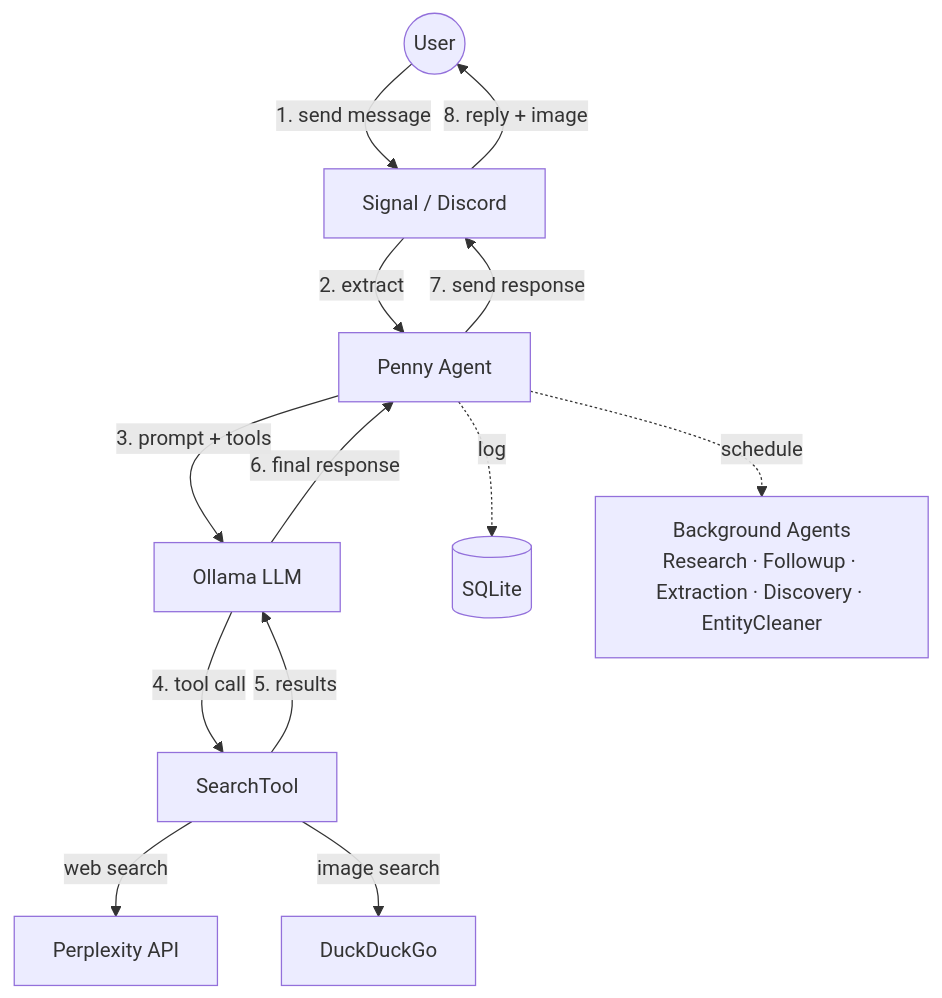
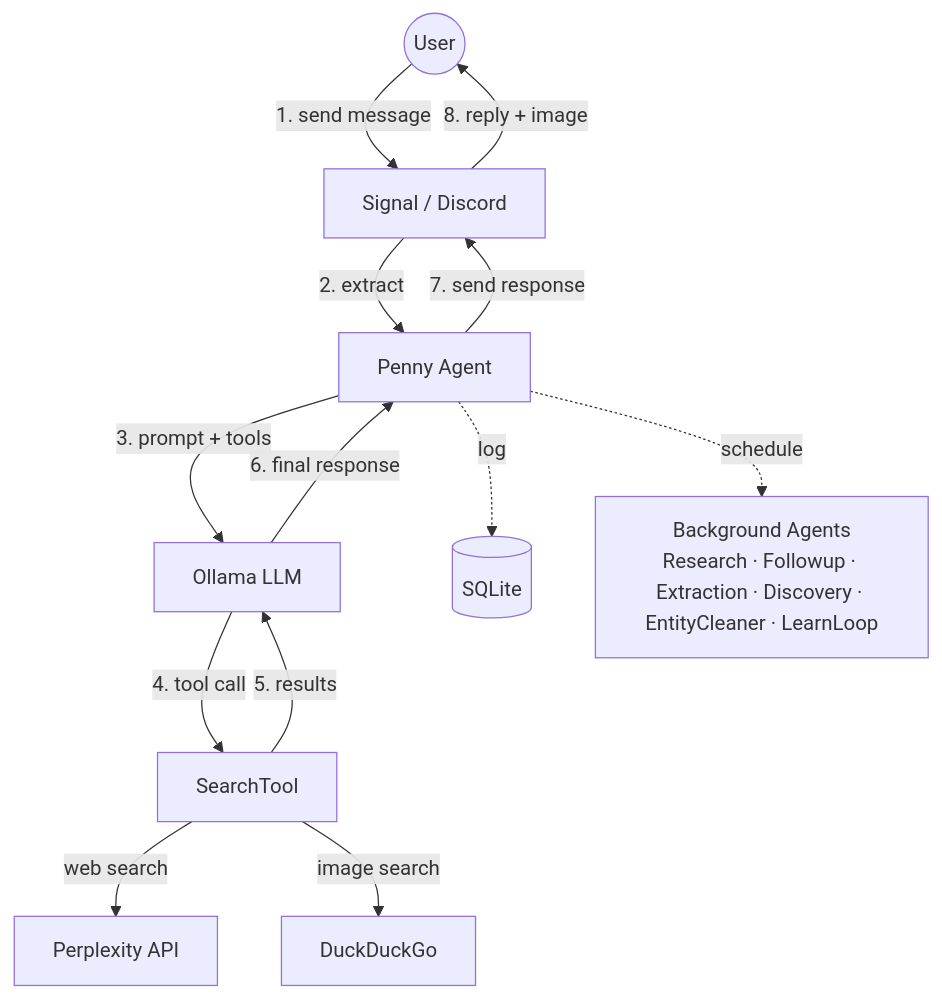
One commit to alifeinbinary/penny changed the diagram in penny/CLAUDE.md. Above: the diagram before and after it, drawn with Mermaid. The commit also changed other lines of this file and 14 other files, not shown here.

````diff
--- a/penny/CLAUDE.md
+++ b/penny/CLAUDE.md
@@ -5,16 +5,16 @@
 ```mermaid
 flowchart TD
     User((User)) -->|"1. send message"| Channel[Signal / Discord]
     Channel -->|"2. extract"| Penny[Penny Agent]
     Penny -->|"3. prompt + tools"| Ollama[Ollama LLM]
     Ollama -->|"4. tool call"| Search[SearchTool]
     Search -->|"web search"| Perplexity[Perplexity API]
     Search -->|"image search"| DDG[DuckDuckGo]
     Search -->|"5. results"| Ollama
     Ollama -->|"6. final response"| Penny
     Penny -->|"7. send response"| Channel
     Channel -->|"8. reply + image"| User
 
     Penny -.->|"log"| DB[(SQLite)]
-    Penny -.->|"schedule"| BG["Background Agents\nResearch · Followup · Extraction · Discovery · EntityCleaner"]
+    Penny -.->|"schedule"| BG["Background Agents\nResearch · Followup · Extraction · Discovery · EntityCleaner · LearnLoop"]
 ```
````
